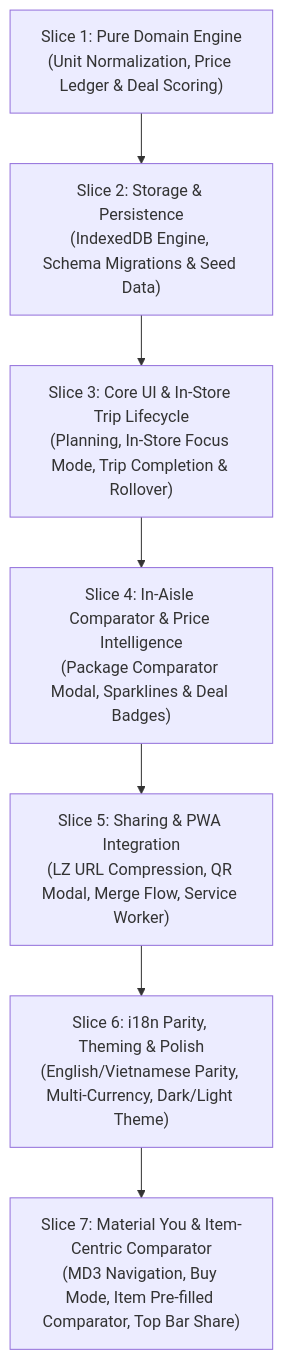
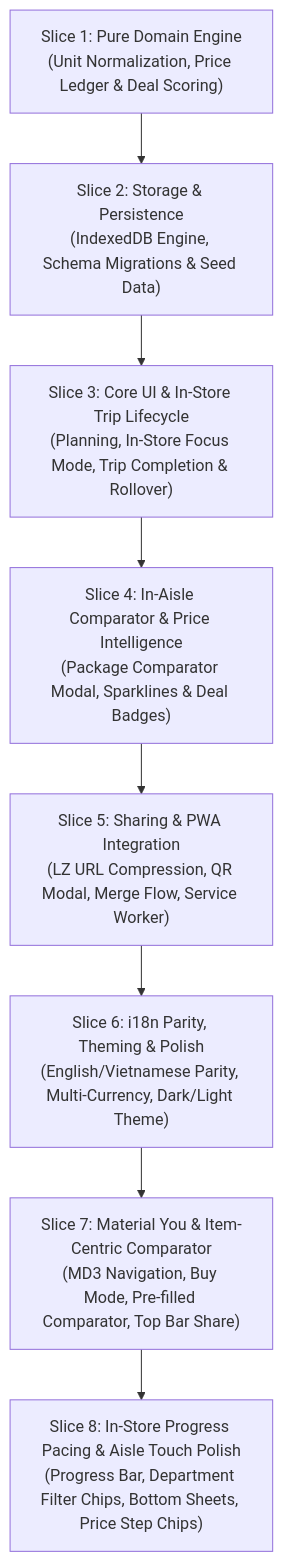
Before and after one commit to thanhtrixx/html-standalone-tools: the diagram in smart-buy-list-price-tracker/ITEMS_TO_IMPLEMENT.md, drawn with Mermaid. The commit also changed other lines of this file and 5 other files, not shown here.

Commit message:
feat(smart-buy-list): in-store progress pacing, aisle filter chips, and bottom sheet touch polish (#142)

````diff
--- a/smart-buy-list-price-tracker/ITEMS_TO_IMPLEMENT.md
+++ b/smart-buy-list-price-tracker/ITEMS_TO_IMPLEMENT.md
@@ -65,17 +70,19 @@
 ```mermaid
 flowchart TD
     S1["Slice 1: Pure Domain Engine<br/>(Unit Normalization, Price Ledger &amp; Deal Scoring)"]
     S2["Slice 2: Storage &amp; Persistence<br/>(IndexedDB Engine, Schema Migrations &amp; Seed Data)"]
     S3["Slice 3: Core UI &amp; In-Store Trip Lifecycle<br/>(Planning, In-Store Focus Mode, Trip Completion &amp; Rollover)"]
     S4["Slice 4: In-Aisle Comparator &amp; Price Intelligence<br/>(Package Comparator Modal, Sparklines &amp; Deal Badges)"]
     S5["Slice 5: Sharing &amp; PWA Integration<br/>(LZ URL Compression, QR Modal, Merge Flow, Service Worker)"]
     S6["Slice 6: i18n Parity, Theming &amp; Polish<br/>(English/Vietnamese Parity, Multi-Currency, Dark/Light Theme)"]
-    S7["Slice 7: Material You &amp; Item-Centric Comparator<br/>(MD3 Navigation, Buy Mode, Item Pre-filled Comparator, Top Bar Share)"]
+    S7["Slice 7: Material You &amp; Item-Centric Comparator<br/>(MD3 Navigation, Buy Mode, Pre-filled Comparator, Top Bar Share)"]
+    S8["Slice 8: In-Store Progress Pacing &amp; Aisle Touch Polish<br/>(Progress Bar, Department Filter Chips, Bottom Sheets, Price Step Chips)"]
 
     S1 --> S2
     S2 --> S3
     S3 --> S4
     S4 --> S5
     S5 --> S6
     S6 --> S7
+    S7 --> S8
 ```
````
